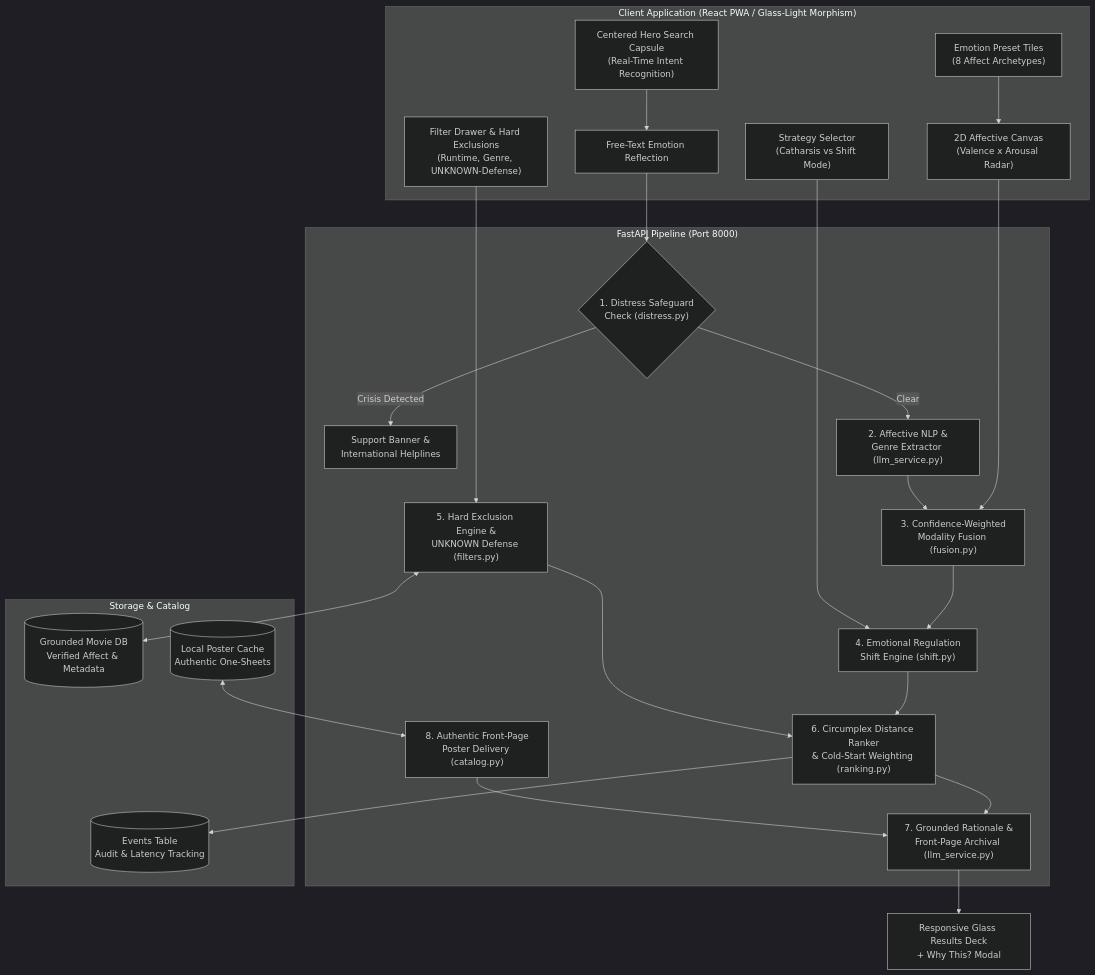
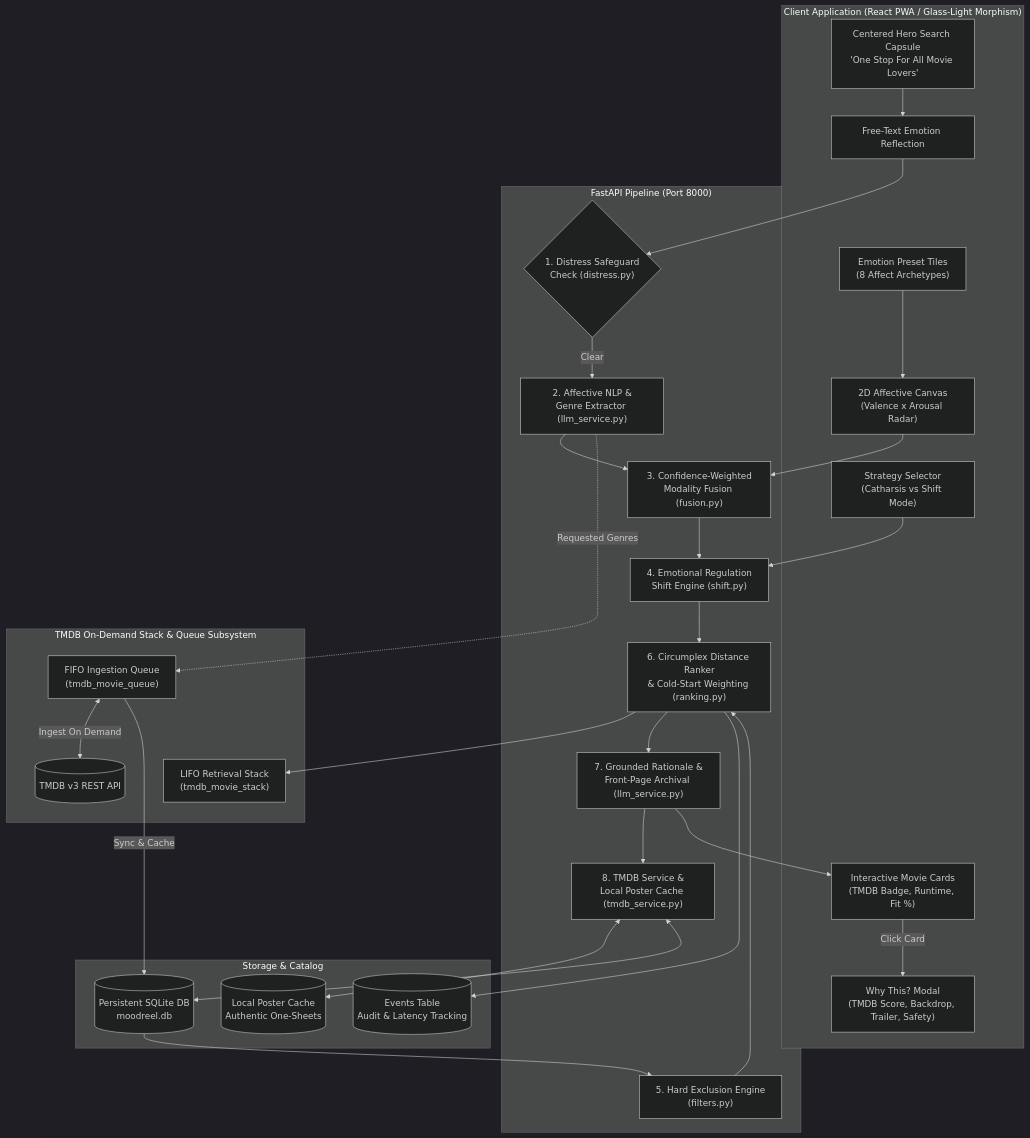
The diagram in README.md (jedai11/IMR-internet-movie-recommender-), drawn with Mermaid (dark theme) before and after one commit. The commit also changed other lines of this file, not shown here.

Commit message:
Update documentation with TMDB integration, stack-queue architecture, and UI features

````diff
--- a/README.md
+++ b/README.md
@@ -11,48 +27,58 @@
 ```mermaid
 flowchart TD
     subgraph Client["Client Application (React PWA / Glass-Light Morphism)"]
-        Hero["Centered Hero Search Capsule\n(Real-Time Intent Recognition)"]
+        Hero["Centered Hero Search Capsule\n'One Stop For All Movie Lovers'"]
         Canvas["2D Affective Canvas\n(Valence x Arousal Radar)"]
         Presets["Emotion Preset Tiles\n(8 Affect Archetypes)"]
         FreeText["Free-Text Emotion Reflection"]
         Strat["Strategy Selector\n(Catharsis vs Shift Mode)"]
-        Filters["Filter Drawer & Hard Exclusions\n(Runtime, Genre, UNKNOWN-Defense)"]
+        Deck["Interactive Movie Cards\n(TMDB Badge, Runtime, Fit %)"]
+        Modal["Why This? Modal\n(TMDB Score, Backdrop, Trailer, Safety)"]
     end
 
     subgraph API["FastAPI Pipeline (Port 8000)"]
         Distress{"1. Distress Safeguard\nCheck (distress.py)"}
-        SafeResp["Support Banner &\nInternational Helplines"]
         NLP["2. Affective NLP &\nGenre Extractor (llm_service.py)"]
         Fusion["3. Confidence-Weighted\nModality Fusion (fusion.py)"]
         ShiftEngine["4. Emotional Regulation\nShift Engine (shift.py)"]
-        FilterEngine["5. Hard Exclusion Engine &\nUNKNOWN Defense (filters.py)"]
+        FilterEngine["5. Hard Exclusion Engine\n(filters.py)"]
         Ranker["6. Circumplex Distance Ranker\n& Cold-Start Weighting (ranking.py)"]
         Rationale["7. Grounded Rationale &\nFront-Page Archival (llm_service.py)"]
-        PosterService["8. Authentic Front-Page\nPoster Delivery (catalog.py)"]
+        TMDBService["8. TMDB Service &\nLocal Poster Cache (tmdb_service.py)"]
+    end
+
+    subgraph TMDBIntegration["TMDB On-Demand Stack & Queue Subsystem"]
+        TMDBAPI[("TMDB v3 REST API")]
+        FIFOQueue["FIFO Ingestion Queue\n(tmdb_movie_queue)"]
+        LIFOStack["LIFO Retrieval Stack\n(tmdb_movie_stack)"]
     end
 
     subgraph Storage["Storage & Catalog"]
-        DB[(Grounded Movie DB\nVerified Affect & Metadata)]
+        DB[(Persistent SQLite DB\nmoodreel.db)]
         PosterCache[(Local Poster Cache\nAuthentic One-Sheets)]
         Events[(Events Table\nAudit & Latency Tracking)]
     end
 
     Hero --> FreeText
     Presets --> Canvas
     FreeText --> Distress
-    Distress -->|Crisis Detected| SafeResp
     Distress -->|Clear| NLP
     Canvas --> Fusion
     NLP --> Fusion
     Fusion --> ShiftEngine
     Strat --> ShiftEngine
+    NLP -.->|Requested Genres| FIFOQueue
+    FIFOQueue <-->|Ingest On Demand| TMDBAPI
+    FIFOQueue -->|Sync & Cache| DB
+    DB --> FilterEngine
+    FilterEngine --> Ranker
     ShiftEngine --> Ranker
-    Filters --> FilterEngine
-    FilterEngine <--> DB
-    FilterEngine --> Ranker
+    Ranker --> LIFOStack
     Ranker --> Rationale
-    PosterCache <--> PosterService
-    PosterService --> Rationale
-    Rationale --> RecDeck["Responsive Glass Results Deck\n+ Why This? Modal"]
+    Rationale --> TMDBService
+    TMDBService <--> PosterCache
+    TMDBService <--> DB
+    Rationale --> Deck
+    Deck -->|Click Card| Modal
     Ranker --> Events
 ```
````
